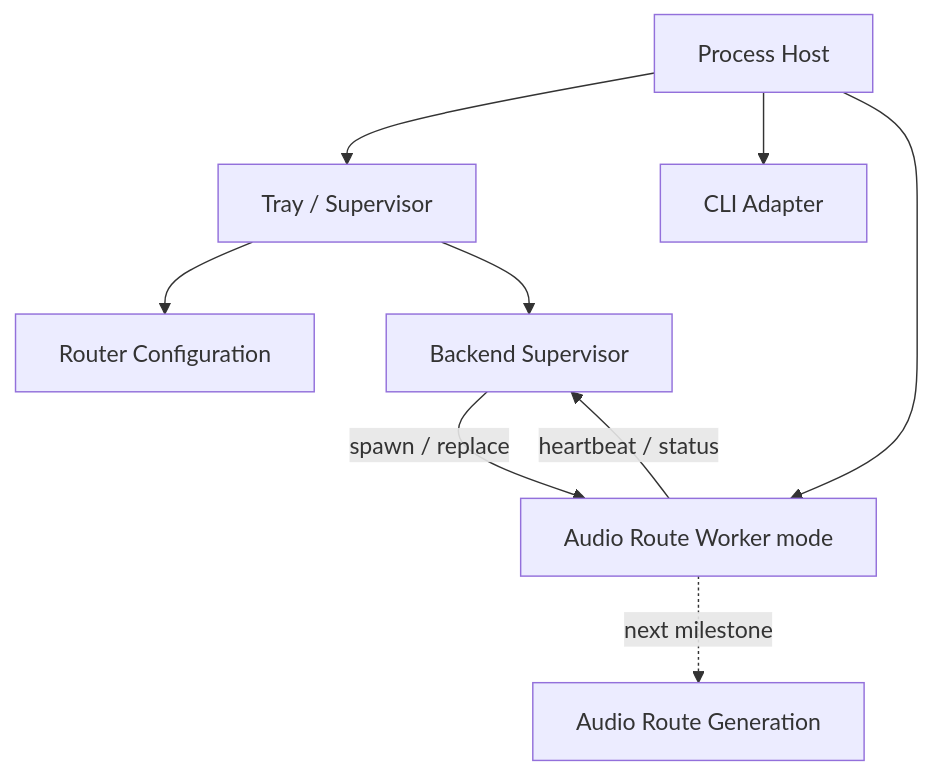
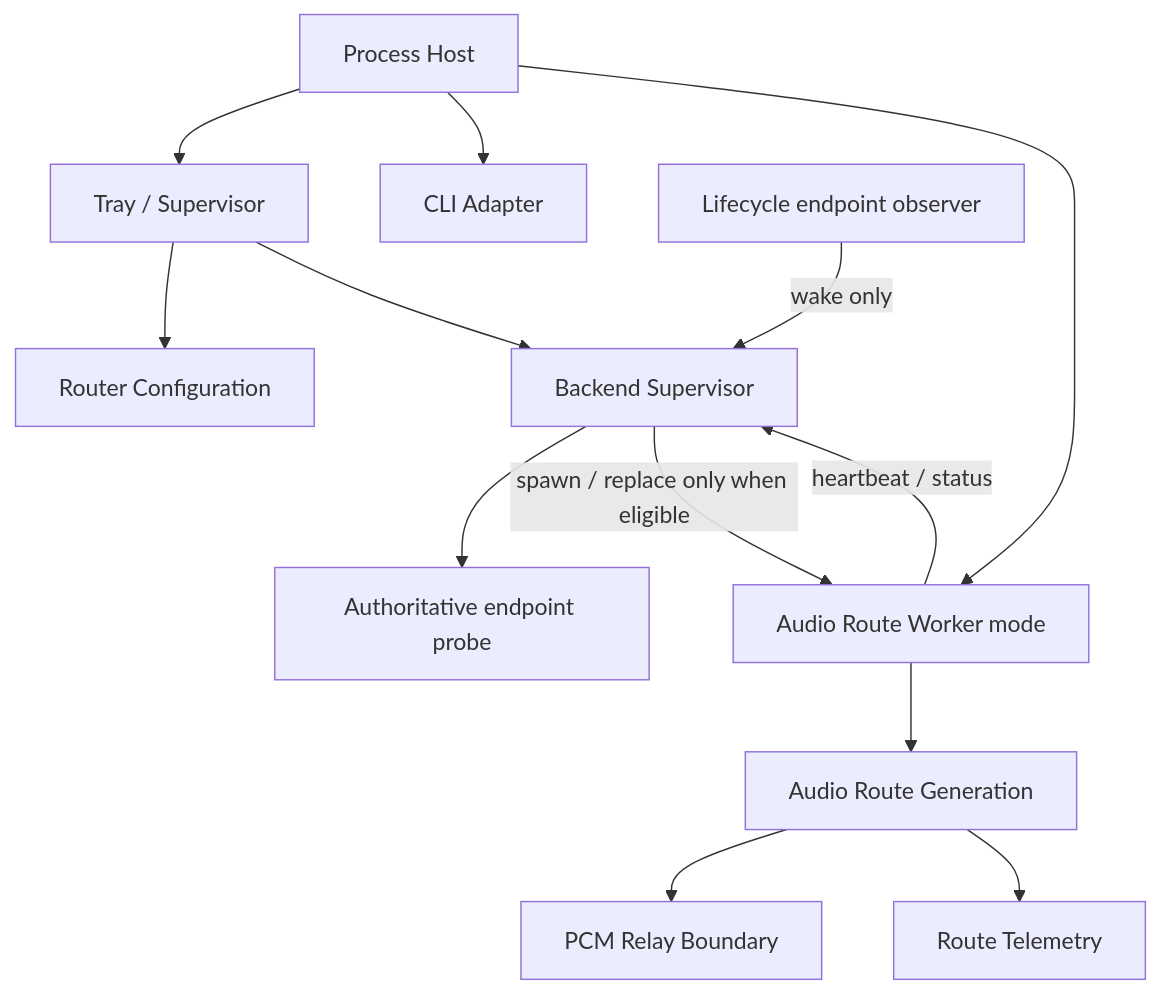
One commit to STanJK/LE-Audio-Relay changed the diagram in README.md. Above: the diagram before and after it, drawn with Mermaid. The commit also changed other lines of this file and 3 other files, not shown here.

Commit message:
docs: define event-driven endpoint lifecycle reconciliation

````diff
--- a/README.md
+++ b/README.md
@@ -47,13 +53,18 @@
 ```mermaid
 flowchart TD
     Host["Process Host"] --> Shell["Tray / Supervisor"]
     Host --> CLI["CLI Adapter"]
     Host --> Worker["Audio Route Worker mode"]
 
     Shell --> Config["Router Configuration"]
     Shell --> Supervisor["Backend Supervisor"]
-    Supervisor -->|"spawn / replace"| Worker
+
+    Observer["Lifecycle endpoint observer"] -->|"wake only"| Supervisor
+    Supervisor --> Probe["Authoritative endpoint probe"]
+    Supervisor -->|"spawn / replace only when eligible"| Worker
     Worker -->|"heartbeat / status"| Supervisor
 
-    Worker -. next milestone .-> Route["Audio Route Generation"]
+    Worker --> Route["Audio Route Generation"]
+    Route --> Timing["PCM Relay Boundary"]
+    Route --> Telemetry["Route Telemetry"]
 ```
````
